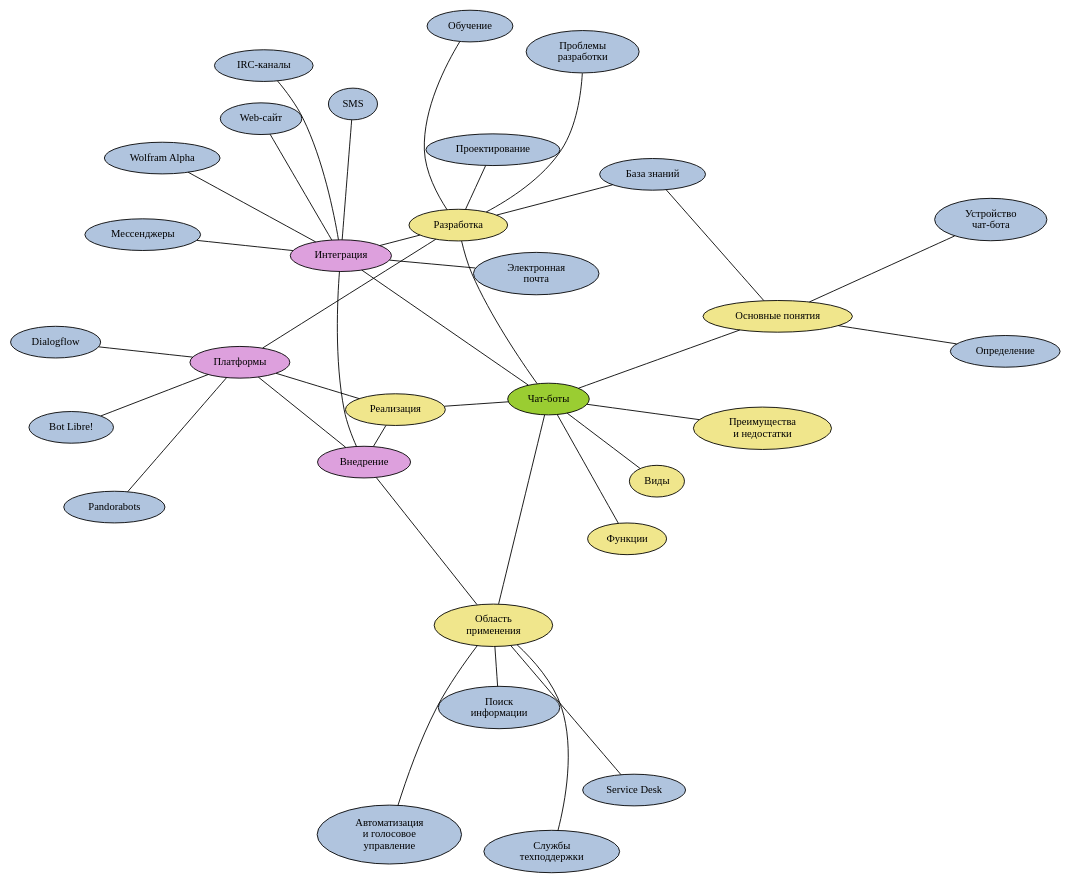
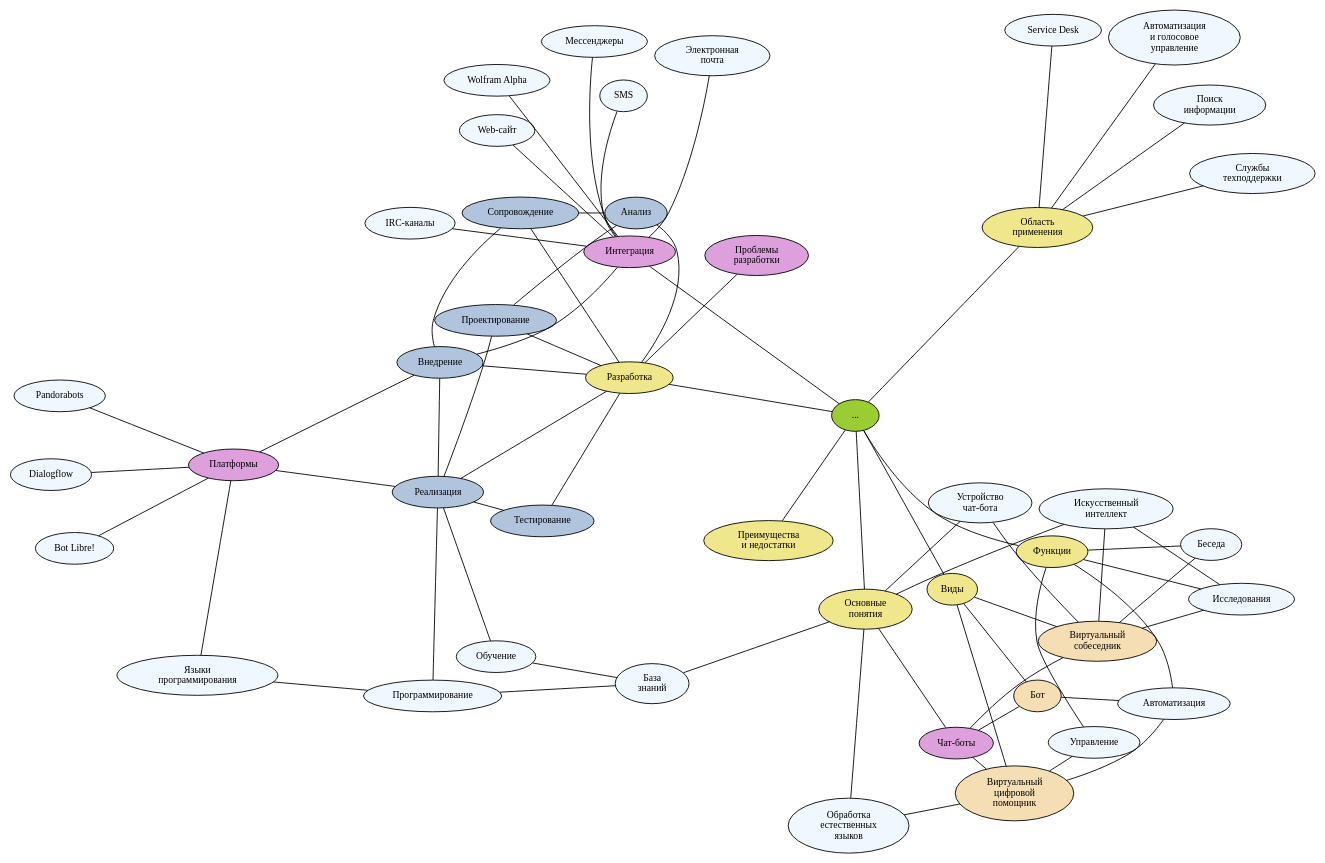
Before and after one commit to Endurance-Robotics/ChatBots: the diagram in botlibre/botabout/chatbots.dot, drawn with Graphviz. The commit also changed 2 other files, not shown here.

Commit message:
Update semantic graph

```diff
--- a/botlibre/botabout/chatbots.dot
+++ b/botlibre/botabout/chatbots.dot
@@ -1,84 +1,154 @@
 graph chatbots {
 
 // Configuration
 
 graph [
 center = true,
 charset = "UTF-8",
 label = "",
 labelloc = "t",
 labeljust = "c",
-fontsize = 14,
+fontsize = 13,
+style = invis,
 layout = fdp,
 splines = true
 ];
 
 node [
-fontsize = 12,
+fontsize = 11,
 style = filled,
-fillcolor = LightSteelBlue
+fillcolor = AliceBlue
 ];
 
 edge [
 style = solid
 ];
 
 // Nodes
 
-"Чат-боты" [fillcolor = YellowGreen];
-"Основные понятия" [fillcolor = Khaki];
-"Виды" [fillcolor = Khaki];
-"Функции" [fillcolor = Khaki];
-"Разработка" [fillcolor = Khaki];
-"Реализация" [fillcolor = Khaki];
-"Внедрение" [fillcolor = Plum];
-"Преимущества\nи недостатки" [fillcolor = Khaki];
-"Область\nприменения" [fillcolor = Khaki];
-"Интеграция" [fillcolor = Plum];
-"Платформы" [fillcolor = Plum];
+all [label = "..." fillcolor = YellowGreen];
+chatbots [label = "Чат-боты" fillcolor = Plum];
+
+basics [label = "Основные\nпонятия" fillcolor = Khaki];
+types [label = "Виды" fillcolor = Khaki];
+functions [label = "Функции" fillcolor = Khaki];
+development [label = "Разработка" fillcolor = Khaki];
+benefits [label = "Преимущества\nи недостатки" fillcolor = Khaki];
+applications [label = "Область\nприменения" fillcolor = Khaki];
+
+talk [label = "Беседа"];
+automation [label = "Автоматизация"];
+control [label = "Управление"];
+research [label = "Исследования"];
+
+ibot [label = "Бот" fillcolor = Wheat];
+chatbot [label = "Виртуальный\nсобеседник" fillcolor = Wheat];
+VDA [label = "Виртуальный\nцифровой\nпомощник" fillcolor = Wheat];
+
+knowledge_base [label = "База\nзнаний"];
+AI [label = "Искусственный\nинтеллект"];
+NLP [label = "Обработка\nестественных\nязыков"];
+principles [label = "Устройство\nчат-бота"];
+
+issues [label = "Проблемы\nразработки" fillcolor = Plum];
+integration [label = "Интеграция" fillcolor = Plum];
+platforms [label = "Платформы" fillcolor = Plum];
+
+analysis [label = "Анализ" fillcolor = LightSteelBlue];
+planning [label = "Проектирование" fillcolor = LightSteelBlue];
+implementation [label = "Реализация" fillcolor = LightSteelBlue];
+testing [label = "Тестирование" fillcolor = LightSteelBlue];
+deployment [label = "Внедрение" fillcolor = LightSteelBlue];
+maintenance [label = "Сопровождение" fillcolor = LightSteelBlue];
+
+coding [label = "Программирование"];
+training [label = "Обучение"];
+languages [label = "Языки\nпрограммирования"];
 
 // Edges
 
-"Чат-боты" -- "Основные понятия";
-"Чат-боты" -- "Виды";
-"Чат-боты" -- "Функции";
-"Чат-боты" -- "Разработка";
-"Чат-боты" -- "Преимущества\nи недостатки";
-"Чат-боты" -- "Область\nприменения";
-"Чат-боты" -- "Интеграция";
-"Чат-боты" -- "Реализация";
+all -- basics;
+all -- types;
+all -- functions;
+all -- development;
+all -- integration;
+all -- benefits;
+all -- applications;
 
-"Основные понятия" -- "Определение";
-"Основные понятия" -- "База знаний";
-"Основные понятия" -- "Устройство\nчат-бота";
+basics -- AI;
+basics -- NLP;
+basics -- chatbots;
+basics -- knowledge_base;
+basics -- principles;
 
-"Разработка" -- "База знаний";
-"Разработка" -- "Интеграция";
-"Разработка" -- "Проектирование";
-"Разработка" -- "Обучение";
-"Разработка" -- "Проблемы\nразработки";
-"Разработка" -- "Платформы";
+chatbots -- chatbot;
+chatbots -- ibot;
+chatbots -- VDA;
+//chatbots -- types;
+//chatbots -- functions;
 
-"Реализация" -- "Платформы";
-"Реализация" -- "Внедрение";
+types -- chatbot;
+types -- ibot;
+types -- VDA;
 
-"Внедрение" -- "Интеграция";
-"Внедрение" -- "Платформы";
+functions -- talk;
+functions -- automation;
+functions -- control;
+functions -- research;
 
-"Платформы" -- "Bot Libre!";
-"Платформы" -- "Pandorabots";
-"Платформы" -- "Dialogflow";
+talk -- chatbot;
+automation -- ibot;
+automation -- VDA;
+control -- VDA;
+research -- chatbot;
+chatbot -- principles;
 
-"Интеграция" -- "Мессенджеры";
-"Интеграция" -- "Электронная\nпочта";
-"Интеграция" -- "SMS";
-"Интеграция" -- "Web-сайт";
-"Интеграция" -- "Wolfram Alpha";
-"Интеграция" -- "IRC-каналы"
+research -- AI;
+AI -- chatbot;
+NLP -- VDA;
 
-"Область\nприменения" -- "Внедрение";
-"Область\nприменения" -- "Службы\nтехподдержки";
-"Область\nприменения" -- "Service Desk";
-"Область\nприменения" -- "Поиск\nинформации";
-"Область\nприменения" -- "Автоматизация\nи голосовое\nуправление";
+development -- analysis;
+development -- planning;
+development -- implementation;
+development -- testing;
+development -- deployment;
+development -- maintenance;
+development -- issues;
+
+maintenance -- analysis;
+analysis -- planning;
+planning -- implementation;
+implementation -- testing;
+implementation -- deployment;
+deployment -- maintenance;
+
+implementation -- coding;
+implementation -- platforms;
+implementation -- training;
+
+training -- knowledge_base;
+coding -- knowledge_base;
+
+coding -- languages;
+platforms -- languages;
+
+deployment -- integration;
+deployment -- platforms;
+
+platforms -- "Bot Libre!";
+platforms -- "Pandorabots";
+platforms -- "Dialogflow";
+
+integration -- "Мессенджеры";
+integration -- "Электронная\nпочта";
+integration -- "SMS";
+integration -- "Web-сайт";
+integration -- "Wolfram Alpha";
+integration -- "IRC-каналы"
+
+//applications -- deployment;
+applications -- "Службы\nтехподдержки";
+applications -- "Service Desk";
+applications -- "Поиск\nинформации";
+applications -- "Автоматизация\nи голосовое\nуправление";
 }
```
